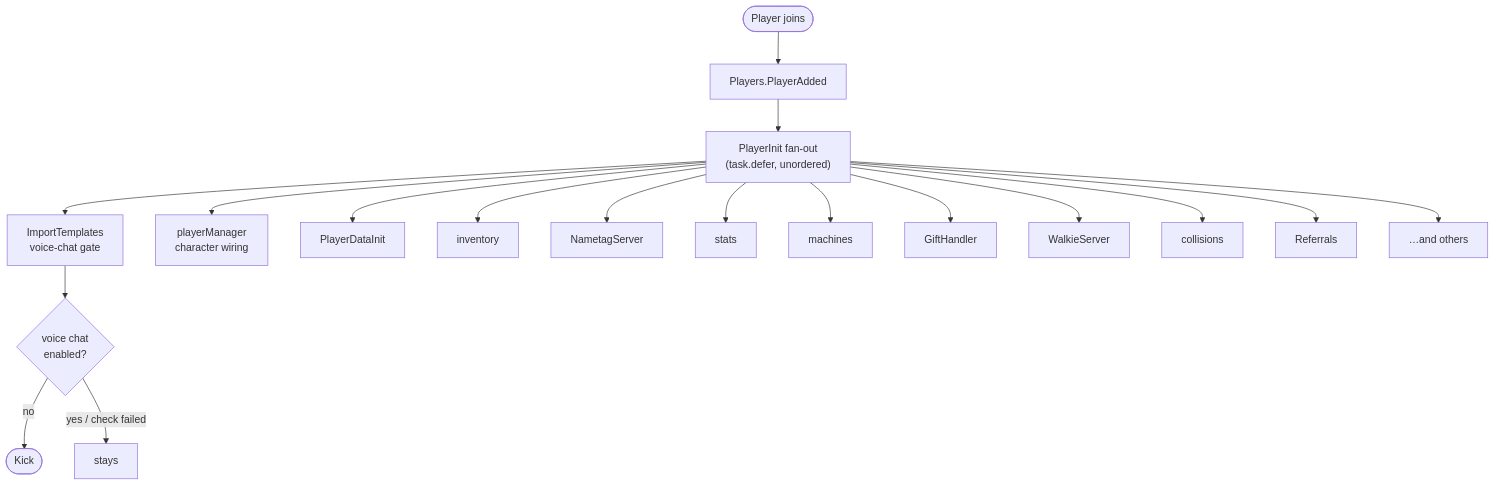
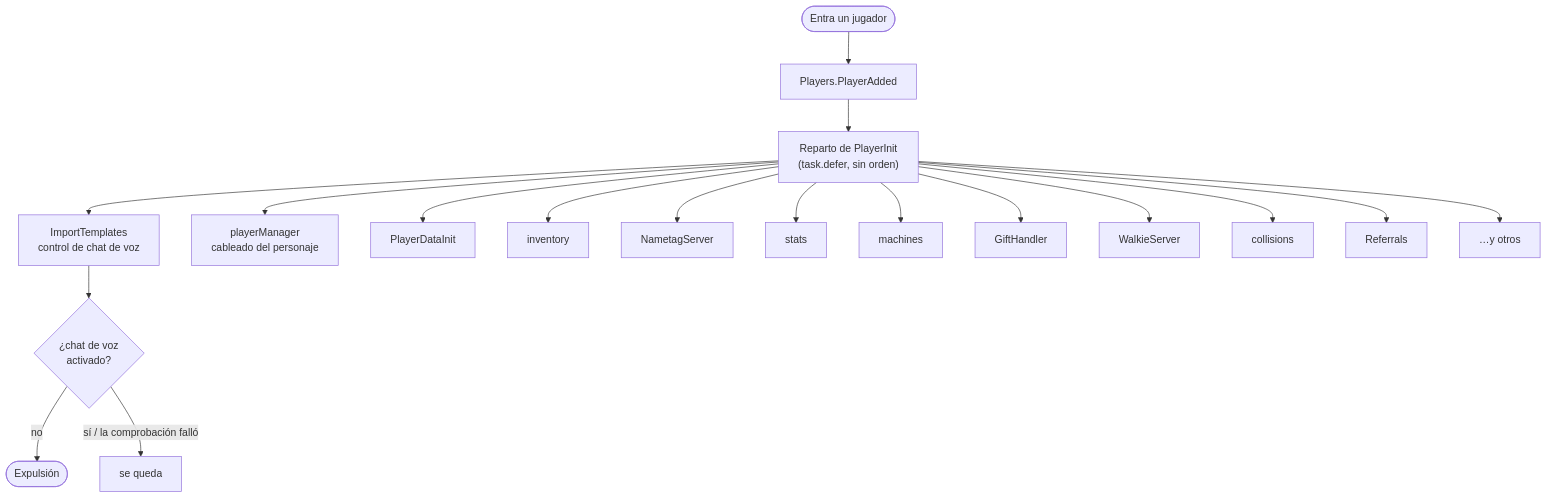
Before and after one commit to Arclyne/voz-hispana: the second of 4 diagrams in docs/architecture/player-lifecycle.md, drawn with Mermaid. The commit also changed other lines of this file and 8 other files, not shown here.

````diff
--- a/docs/architecture/player-lifecycle.md
+++ b/docs/architecture/player-lifecycle.md
@@ -66,22 +66,22 @@
 ```mermaid
 flowchart TD
-    J(["Player joins"]) --> PA["Players.PlayerAdded"]
-    PA --> PI["PlayerInit fan-out<br/>(task.defer, unordered)"]
+    J(["Entra un jugador"]) --> PA["Players.PlayerAdded"]
+    PA --> PI["Reparto de PlayerInit<br/>(task.defer, sin orden)"]
 
-    PI --> VC["ImportTemplates<br/>voice-chat gate"]
-    PI --> PM["playerManager<br/>character wiring"]
+    PI --> VC["ImportTemplates<br/>control de chat de voz"]
+    PI --> PM["playerManager<br/>cableado del personaje"]
     PI --> PD["PlayerDataInit"]
     PI --> INV["inventory"]
     PI --> NT["NametagServer"]
     PI --> ST["stats"]
     PI --> MA["machines"]
     PI --> GH["GiftHandler"]
     PI --> WK["WalkieServer"]
     PI --> COL["collisions"]
     PI --> RF["Referrals"]
-    PI --> ETC["…and others"]
+    PI --> ETC["…y otros"]
 
-    VC --> K{"voice chat<br/>enabled?"}
-    K -- "no" --> KICK(["Kick"])
-    K -- "yes / check failed" --> CONT["stays"]
+    VC --> K{"¿chat de voz<br/>activado?"}
+    K -- "no" --> KICK(["Expulsión"])
+    K -- "sí / la comprobación falló" --> CONT["se queda"]
 ```
````
